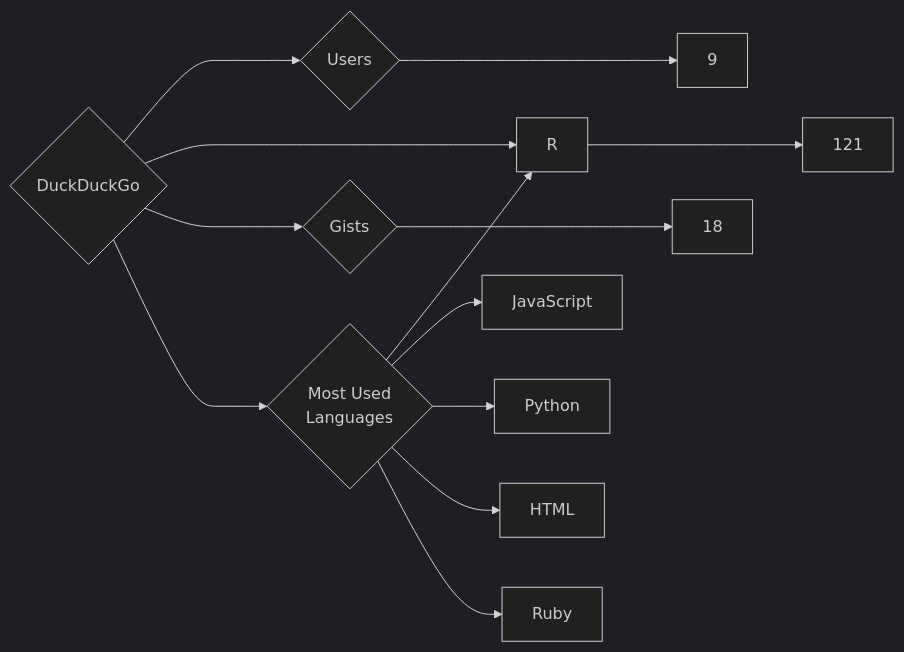
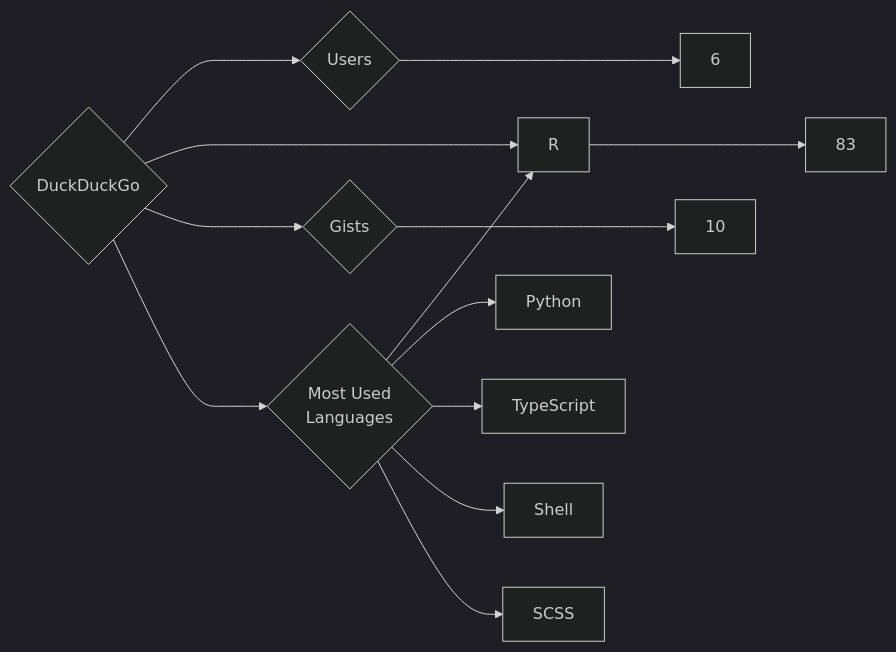
The diagram in targets/DuckDuckGo/README.md (trickest/insiders), drawn with Mermaid (dark theme) before and after one commit. The commit also changed 1084 other files, not shown here.

````diff
--- a/targets/DuckDuckGo/README.md
+++ b/targets/DuckDuckGo/README.md
@@ -3,13 +3,13 @@
 ```mermaid
 graph LR
 COMPANY_NAME{DuckDuckGo}
-COMPANY_NAME ---> U{Users} ---> UN[9]
-COMPANY_NAME ---> R{Repositories} ---> RN[121]
-COMPANY_NAME ---> G{Gists} ---> GN[18]
+COMPANY_NAME ---> U{Users} ---> UN[6]
+COMPANY_NAME ---> R{Repositories} ---> RN[83]
+COMPANY_NAME ---> G{Gists} ---> GN[10]
 COMPANY_NAME ---> ML{Most Used<br>Languages}
 ML --> R[R]
-ML --> JavaScript[JavaScript]
 ML --> Python[Python]
-ML --> HTML[HTML]
-ML --> Ruby[Ruby]
+ML --> TypeScript[TypeScript]
+ML --> Shell[Shell]
+ML --> SCSS[SCSS]
 ```
````
